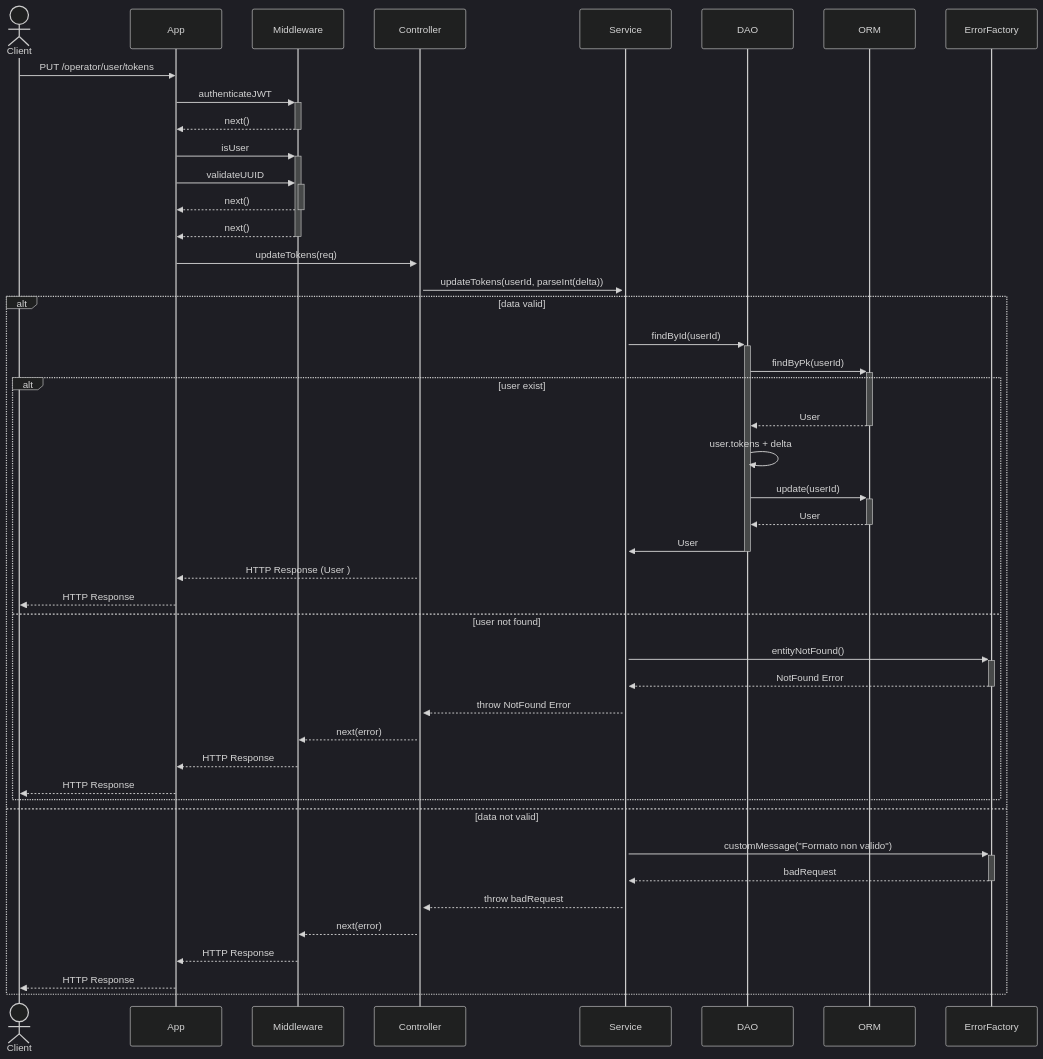
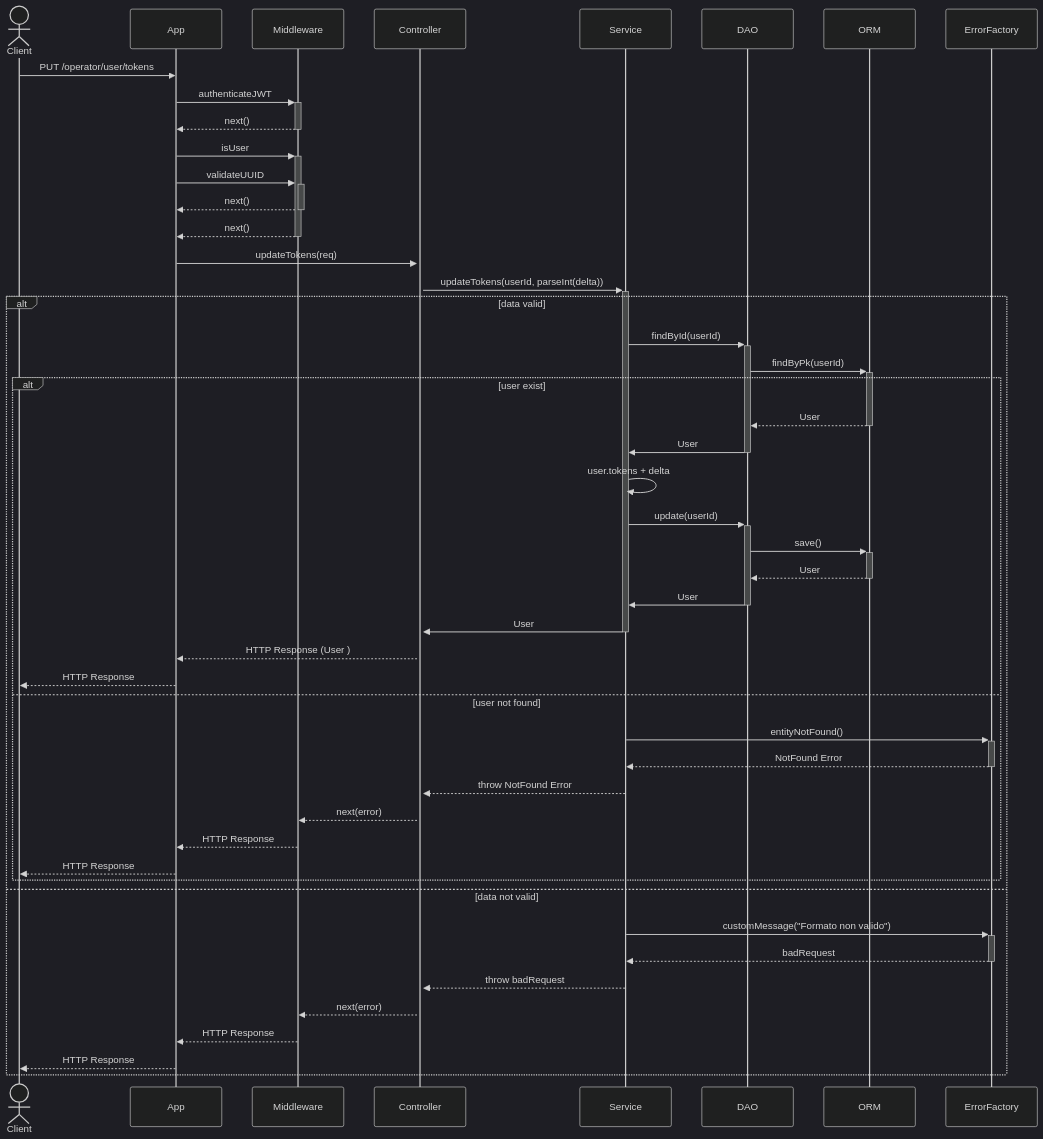
One commit to niccolociotti/parking_PA changed diagram 22 of 22 in README.md. Above: the diagram before and after it, drawn with Mermaid (dark theme). The commit also changed other lines of this file, not shown here.

````diff
--- a/README.md
+++ b/README.md
@@ -1280,50 +1290,53 @@
 ```mermaid
 sequenceDiagram
     actor Client
     participant App
     participant Middleware
     participant Controller
     participant Service
     participant DAO
     participant ORM
     participant ErrorFactory
 
     Client->>App: PUT  /operator/user/tokens
     App->>+Middleware: authenticateJWT
     Middleware-->>-App: next()
     App->>+Middleware: isUser
     App->>+Middleware: validateUUID
     Middleware-->>-App: next()
     Middleware-->>-App: next()
     App->>+Controller: updateTokens(req)
     Controller->>+Service: updateTokens(userId, parseInt(delta))
     alt data valid
       Service->>+DAO: findById(userId)
       DAO->>+ORM: findByPk(userId)
       alt user exist
         ORM-->>-DAO: User
-        DAO->>DAO: user.tokens + delta
-        DAO->>+ORM: update(userId)
+        DAO->>-Service: User
+        Service->>Service: user.tokens + delta
+        Service->>+DAO: update(userId)
+        DAO->>+ORM: save()
         ORM-->>-DAO: User
         DAO->>-Service: User
+        Service->>-Controller: User
         Controller-->>App: HTTP Response (User )
         App-->>Client: HTTP Response
 
       else user not found
         Service->>+ErrorFactory: entityNotFound()
         ErrorFactory-->>-Service: NotFound Error
         Service-->>Controller: throw NotFound Error
         Controller-->>Middleware: next(error)
         Middleware-->>App: HTTP Response
         App-->>Client: HTTP Response
       end
 
     else data not valid
       Service->>+ErrorFactory: customMessage("Formato non valido")
       ErrorFactory-->>-Service: badRequest
       Service-->>Controller: throw badRequest
       Controller-->>Middleware: next(error)
       Middleware-->>App: HTTP Response
       App-->>Client: HTTP Response
     end
 ```
````
